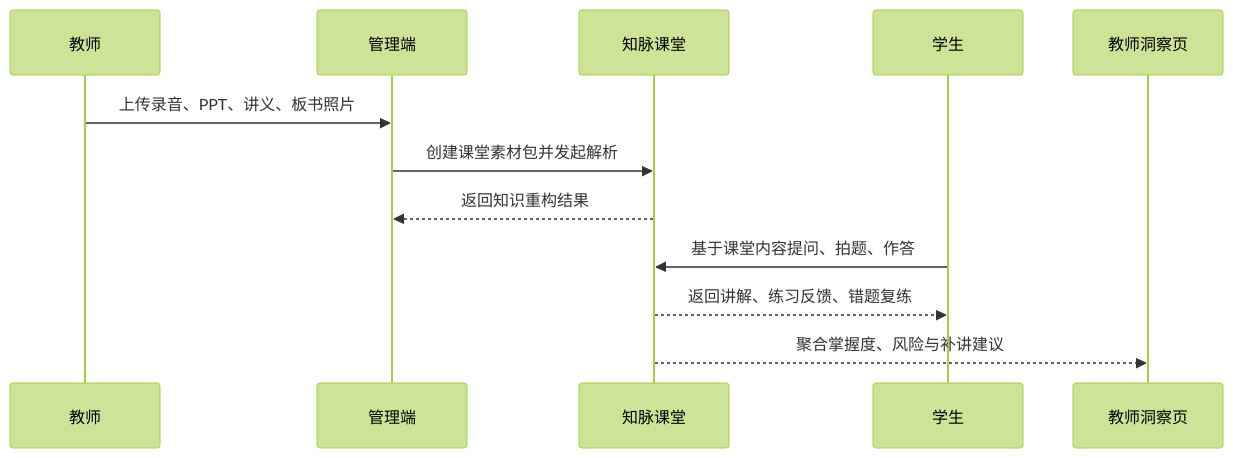
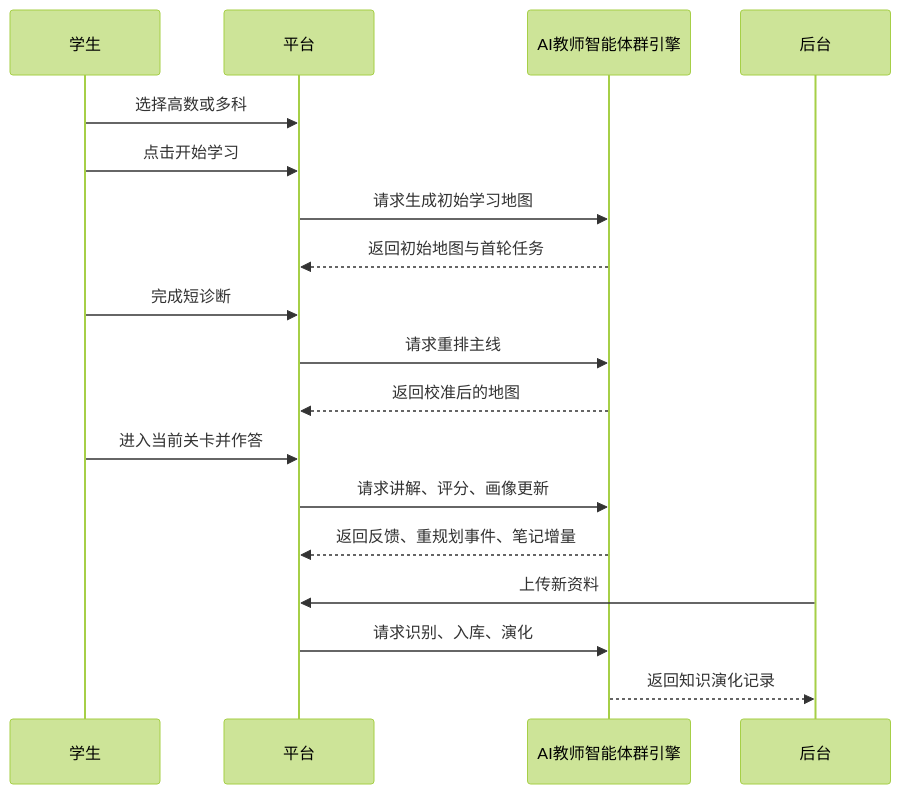
The diagram in doc/作品文档/02-场景与用户流程.md (chenqsq/doc-showcase), drawn with Mermaid (forest theme) before and after one commit. The commit also changed other lines of this file and 42 other files, not shown here.

Commit message:
文档站：切换 AI 主导学习生命周期与实时演化学习地图口径

````diff
--- a/doc/作品文档/02-场景与用户流程.md
+++ b/doc/作品文档/02-场景与用户流程.md
@@ -9,15 +9,21 @@
 ```mermaid
 sequenceDiagram
-    participant 教师
-    participant 管理端
-    participant 知脉课堂
     participant 学生
-    participant 教师洞察页
+    participant 平台
+    participant AI教师智能体群引擎
+    participant 后台
 
-    教师->>管理端: 上传录音、PPT、讲义、板书照片
-    管理端->>知脉课堂: 创建课堂素材包并发起解析
-    知脉课堂-->>管理端: 返回知识重构结果
-    学生->>知脉课堂: 基于课堂内容提问、拍题、作答
-    知脉课堂-->>学生: 返回讲解、练习反馈、错题复练
-    知脉课堂-->>教师洞察页: 聚合掌握度、风险与补讲建议
+    学生->>平台: 选择高数或多科
+    学生->>平台: 点击开始学习
+    平台->>AI教师智能体群引擎: 请求生成初始学习地图
+    AI教师智能体群引擎-->>平台: 返回初始地图与首轮任务
+    学生->>平台: 完成短诊断
+    平台->>AI教师智能体群引擎: 请求重排主线
+    AI教师智能体群引擎-->>平台: 返回校准后的地图
+    学生->>平台: 进入当前关卡并作答
+    平台->>AI教师智能体群引擎: 请求讲解、评分、画像更新
+    AI教师智能体群引擎-->>平台: 返回反馈、重规划事件、笔记增量
+    后台->>平台: 上传新资料
+    平台->>AI教师智能体群引擎: 请求识别、入库、演化
+    AI教师智能体群引擎-->>后台: 返回知识演化记录
 ```
````
